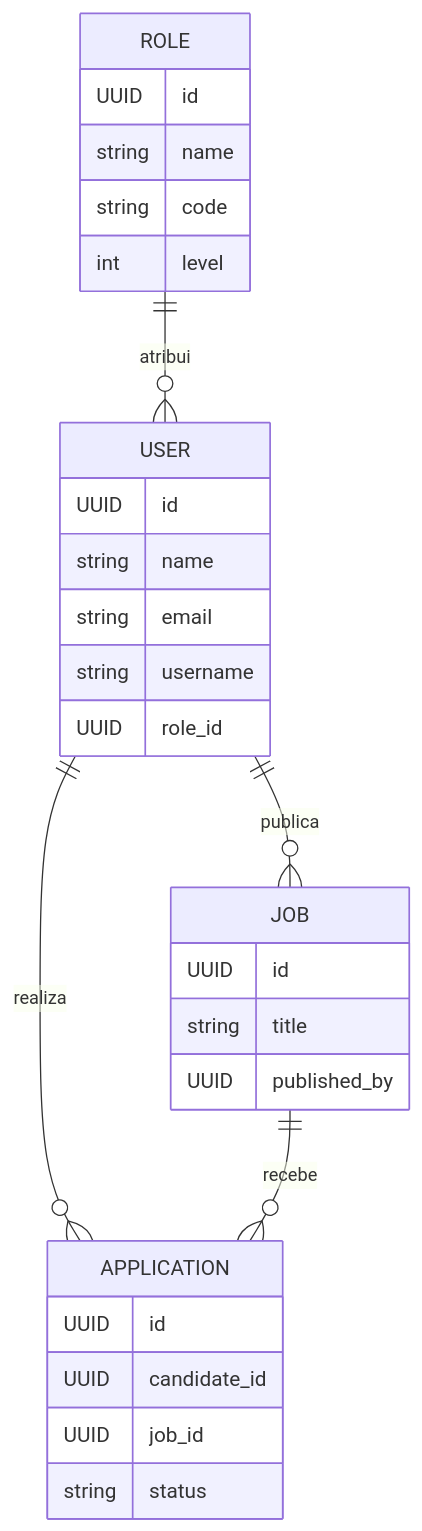
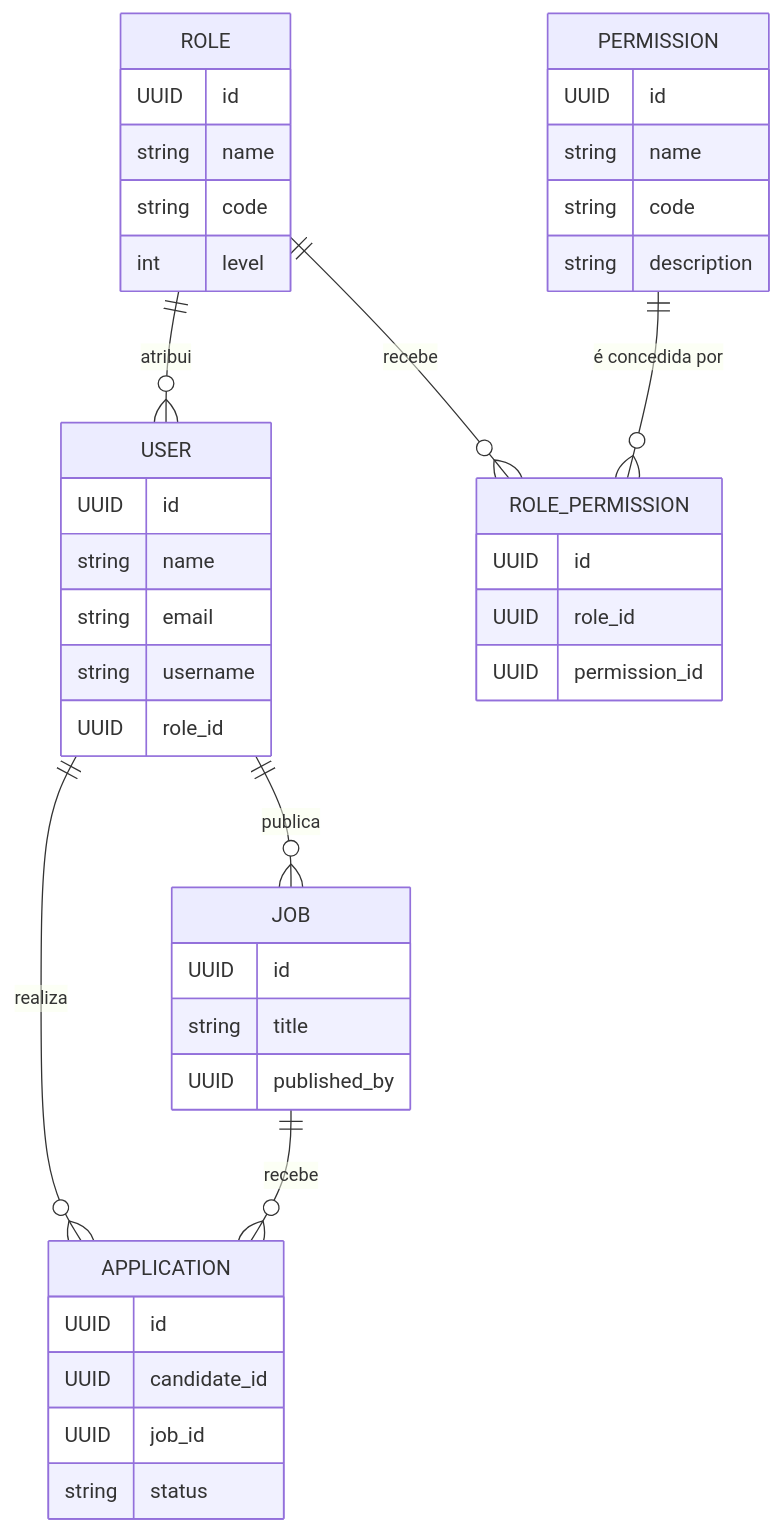
The second of 2 diagrams in README.md (antony-souza/openjobs-api), drawn with Mermaid before and after one commit. The commit also changed other lines of this file, not shown here.

Commit message:
docs: update README to reflect role and permission management; add authentication and permissions section

````diff
--- a/README.md
+++ b/README.md
@@ -65,32 +68,45 @@
 ```mermaid
 erDiagram
     ROLE ||--o{ USER : "atribui"
+    ROLE ||--o{ ROLE_PERMISSION : "recebe"
+    PERMISSION ||--o{ ROLE_PERMISSION : "é concedida por"
     USER ||--o{ JOB : "publica"
     USER ||--o{ APPLICATION : "realiza"
     JOB ||--o{ APPLICATION : "recebe"
 
     ROLE {
         UUID id
         string name
         string code
         int level
+    }
+    PERMISSION {
+        UUID id
+        string name
+        string code
+        string description
+    }
+    ROLE_PERMISSION {
+        UUID id
+        UUID role_id
+        UUID permission_id
     }
     USER {
         UUID id
         string name
         string email
         string username
         UUID role_id
     }
     JOB {
         UUID id
         string title
         UUID published_by
     }
     APPLICATION {
         UUID id
         UUID candidate_id
         UUID job_id
         string status
     }
 ```
````
